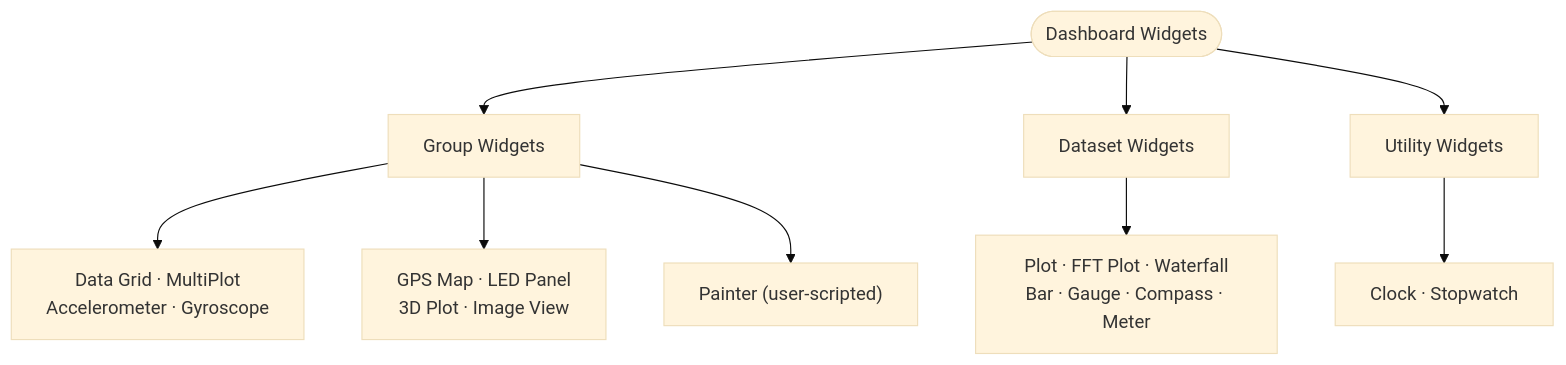
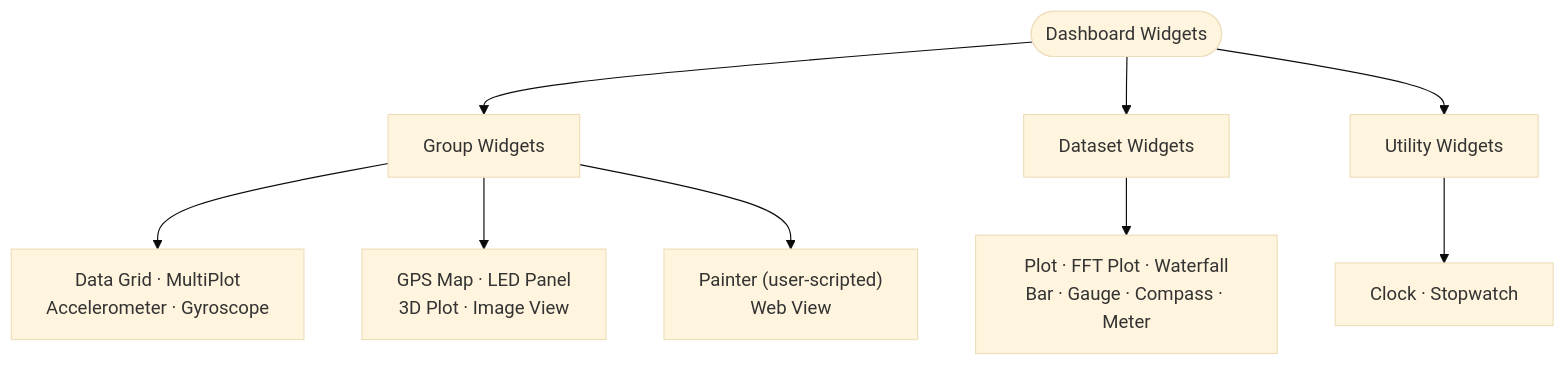
The diagram in doc/help/Widget-Reference.md (Serial-Studio/Serial-Studio), drawn with Mermaid (base theme) before and after one commit. The commit also changed other lines of this file and 146 other files, not shown here.

First line of the commit message:
feat: WebView dashboard widget, Painter/control-script API, driver fixes

````diff
--- a/doc/help/Widget-Reference.md
+++ b/doc/help/Widget-Reference.md
@@ -11,15 +11,15 @@
 ```mermaid
 flowchart TD
     Root(["Dashboard Widgets"])
     Root --> Group["Group Widgets"]
     Root --> Dataset["Dataset Widgets"]
 
     Group --> G1["Data Grid · MultiPlot<br/>Accelerometer · Gyroscope"]
     Group --> G2["GPS Map · LED Panel<br/>3D Plot · Image View"]
-    Group --> G3["Painter (user-scripted)"]
+    Group --> G3["Painter (user-scripted)<br/>Web View"]
 
     Dataset --> D1["Plot · FFT Plot · Waterfall<br/>Bar · Gauge · Compass · Meter"]
 
     Root --> Utility["Utility Widgets"]
     Utility --> U1["Clock · Stopwatch"]
 ```
````
